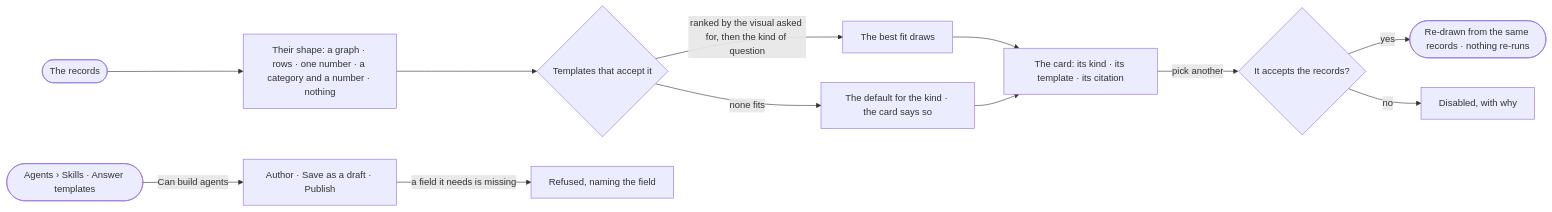
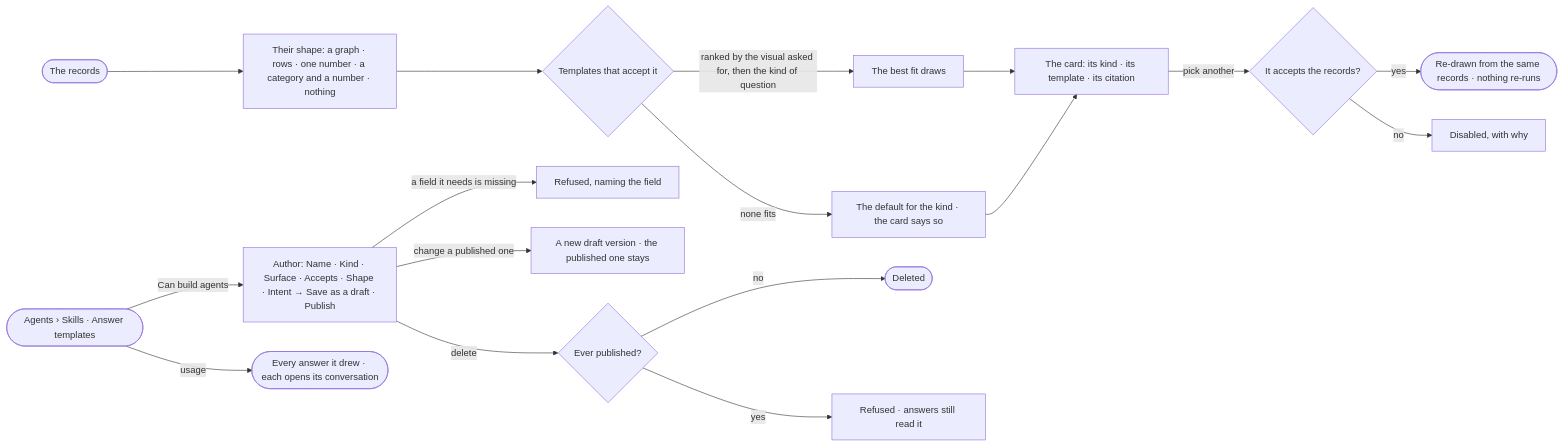
The diagram in specs/capabilities/explore/features/EX-F04-the-answer/stories/EX-03-the-answer-in-the-shape-that-fits/story.md (invana/invana), drawn with Mermaid before and after one commit. The commit also changed other lines of this file and 637 other files, not shown here.

````diff
--- a/specs/capabilities/explore/features/EX-F04-the-answer/stories/EX-03-the-answer-in-the-shape-that-fits/story.md
+++ b/specs/capabilities/explore/features/EX-F04-the-answer/stories/EX-03-the-answer-in-the-shape-that-fits/story.md
@@ -27,14 +27,19 @@
 ```mermaid
 flowchart LR
   r([The records]) --> s["Their shape: a graph · rows · one number · a category and a number · nothing"]
   s --> t{Templates that accept it}
   t -->|ranked by the visual asked for, then the kind of question| pick["The best fit draws"]
   t -->|none fits| def["The default for the kind · the card says so"]
   pick --> card["The card: its kind · its template · its citation"]
   def --> card
   card -->|pick another| sw{It accepts the records?}
   sw -->|yes| re(["Re-drawn from the same records · nothing re-runs"])
   sw -->|no| dis["Disabled, with why"]
-  tl([Agents › Skills · Answer templates]) -->|Can build agents| au["Author · Save as a draft · Publish"]
+  tl([Agents › Skills · Answer templates]) -->|Can build agents| au["Author: Name · Kind · Surface · Accepts · Shape · Intent → Save as a draft · Publish"]
+  tl -->|usage| us(["Every answer it drew · each opens its conversation"])
   au -->|a field it needs is missing| ref["Refused, naming the field"]
+  au -->|change a published one| nv["A new draft version · the published one stays"]
+  au -->|delete| dd{Ever published?}
+  dd -->|no| gone(["Deleted"])
+  dd -->|yes| keep["Refused · answers still read it"]
 ```
````
